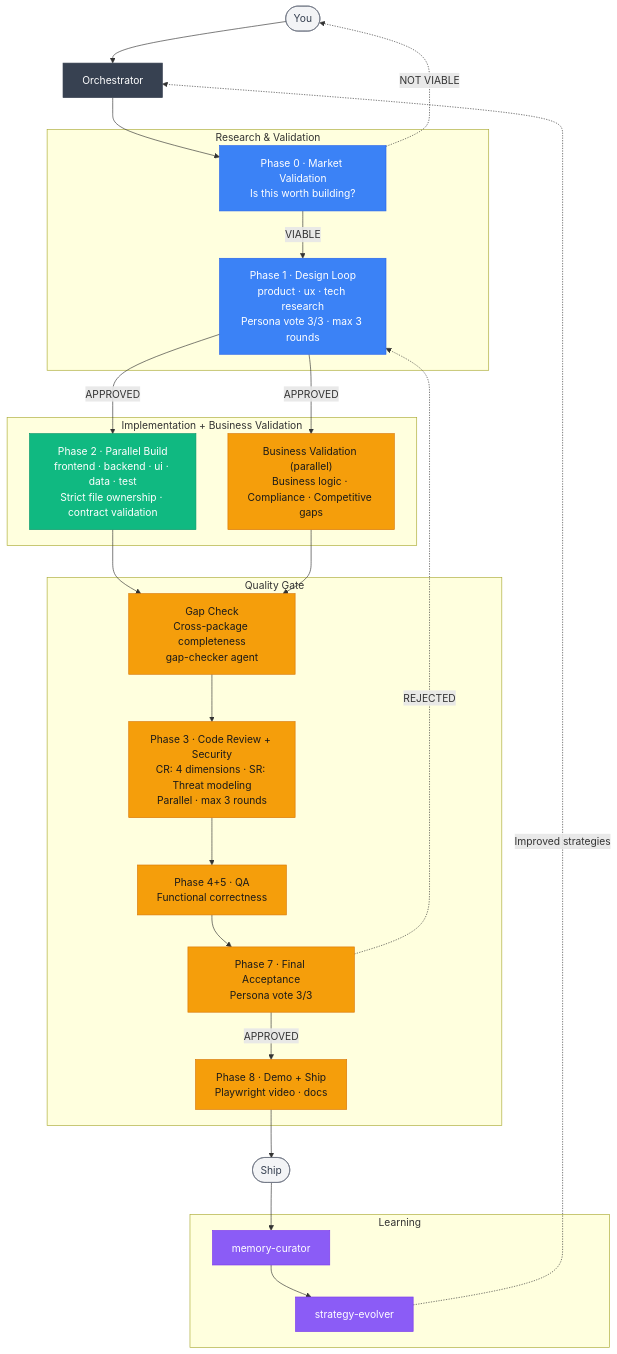
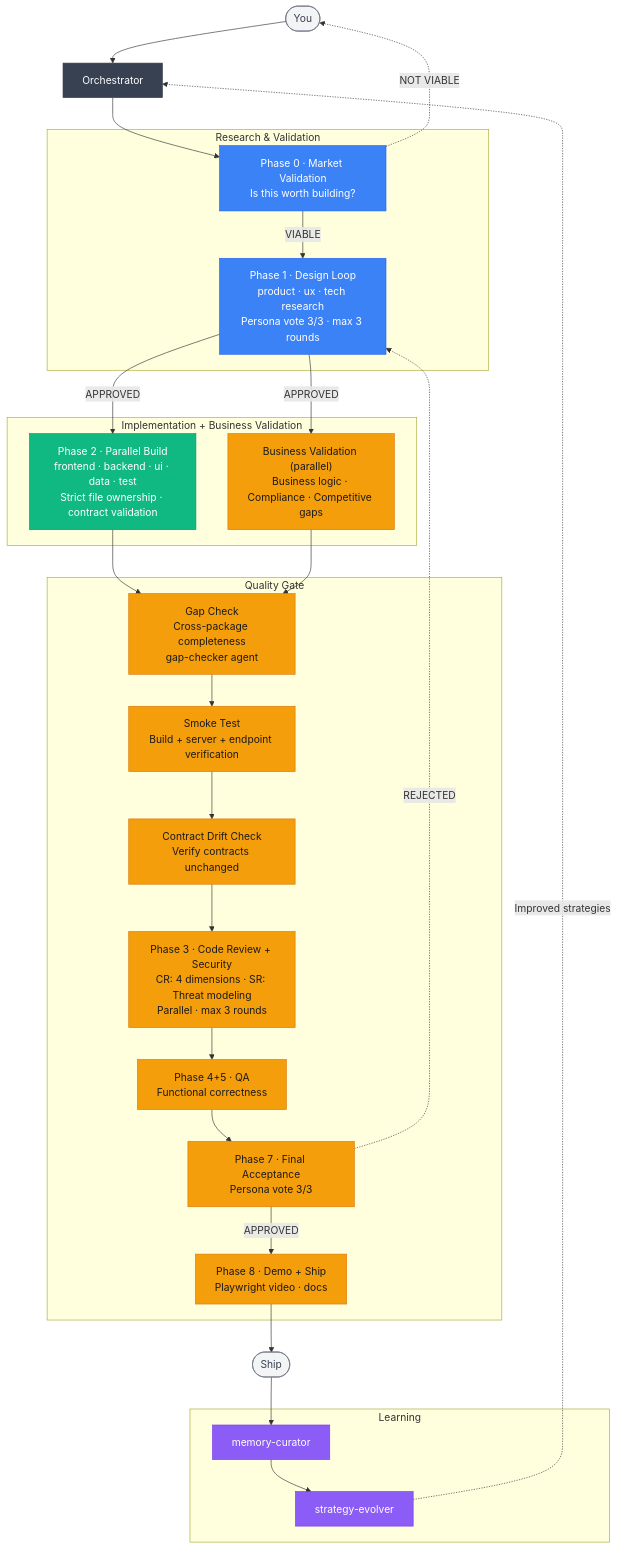
The diagram in README.md (zee-sandev/solo-dev), drawn with Mermaid before and after one commit. The commit also changed other lines of this file and 1 other file, not shown here.

Commit message:
docs: update README and CLAUDE.md for v0.5.0 (20 agents, runtime verification)

````diff
--- a/README.md
+++ b/README.md
@@ -215,51 +215,55 @@
 ```mermaid
 flowchart TD
     classDef orch fill:#374151,color:#fff,stroke:#374151
     classDef research fill:#3b82f6,color:#fff,stroke:#2563eb
     classDef impl fill:#10b981,color:#fff,stroke:#059669
     classDef quality fill:#f59e0b,color:#1a1a1a,stroke:#d97706
     classDef memory fill:#8b5cf6,color:#fff,stroke:#7c3aed
     classDef terminal fill:#f3f4f6,stroke:#6b7280,color:#374151
 
     U([You]):::terminal --> O[Orchestrator]:::orch
 
     subgraph RESEARCH["  Research & Validation  "]
         P0["Phase 0 · Market Validation<br/>Is this worth building?"]:::research
         P12["Phase 1 · Design Loop<br/>product · ux · tech research<br/>Persona vote 3/3 · max 3 rounds"]:::research
     end
 
     subgraph IMPL["  Implementation + Business Validation  "]
         P2["Phase 2 · Parallel Build<br/>frontend · backend · ui · data · test<br/>Strict file ownership · contract validation"]:::impl
         BV["Business Validation (parallel)<br/>Business logic · Compliance · Competitive gaps"]:::quality
     end
 
     subgraph QUALITY["  Quality Gate  "]
         GC["Gap Check<br/>Cross-package completeness<br/>gap-checker agent"]:::quality
+        ST["Smoke Test<br/>Build + server + endpoint verification"]:::quality
+        DCH["Contract Drift Check<br/>Verify contracts unchanged"]:::quality
         P3["Phase 3 · Code Review + Security<br/>CR: 4 dimensions · SR: Threat modeling<br/>Parallel · max 3 rounds"]:::quality
         P45["Phase 4+5 · QA<br/>Functional correctness"]:::quality
         P7["Phase 7 · Final Acceptance<br/>Persona vote 3/3"]:::quality
         P8["Phase 8 · Demo + Ship<br/>Playwright video · docs"]:::quality
     end
 
     subgraph LEARNING["  Learning  "]
         MC[memory-curator]:::memory
         SE[strategy-evolver]:::memory
     end
 
     O --> P0
     P0 -->|VIABLE| P12
     P0 -.->|NOT VIABLE| U
     P12 -->|APPROVED| P2
     P12 -->|APPROVED| BV
     P2 --> GC
     BV --> GC
-    GC --> P3
+    GC --> ST
+    ST --> DCH
+    DCH --> P3
     P3 --> P45
     P45 --> P7
     P7 -->|APPROVED| P8
     P7 -.->|REJECTED| P12
     P8 --> SHIP([Ship]):::terminal
     SHIP --> MC
     MC --> SE
     SE -.->|Improved strategies| O
 ```
````
